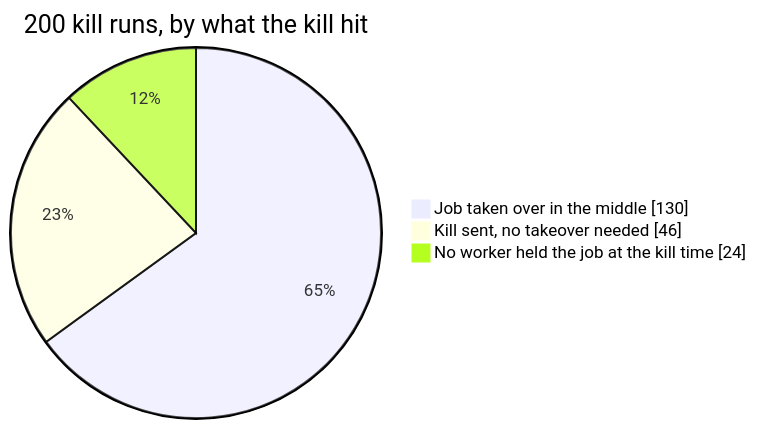
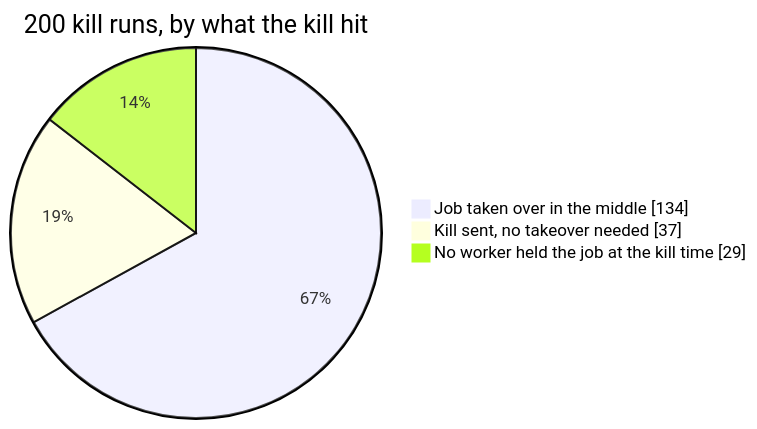
The diagram in docs/results/durability.md (sindredg/agent-runtime), drawn with Mermaid before and after one commit. The commit also changed other lines of this file and 5 other files, not shown here.

````diff
--- a/docs/results/durability.md
+++ b/docs/results/durability.md
@@ -8,6 +8,6 @@
 ```mermaid
 pie showData title 200 kill runs, by what the kill hit
-    "Job taken over in the middle" : 130
-    "Kill sent, no takeover needed" : 46
-    "No worker held the job at the kill time" : 24
+    "Job taken over in the middle" : 134
+    "Kill sent, no takeover needed" : 37
+    "No worker held the job at the kill time" : 29
 ```
````
